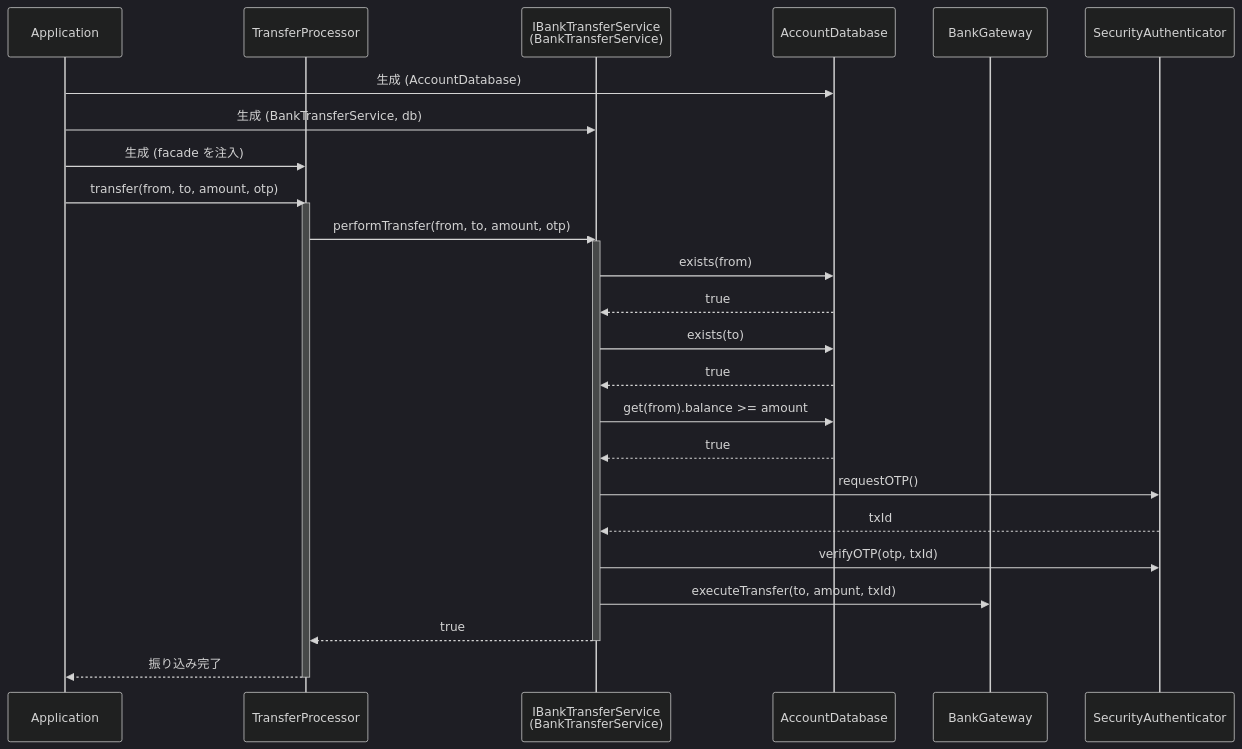
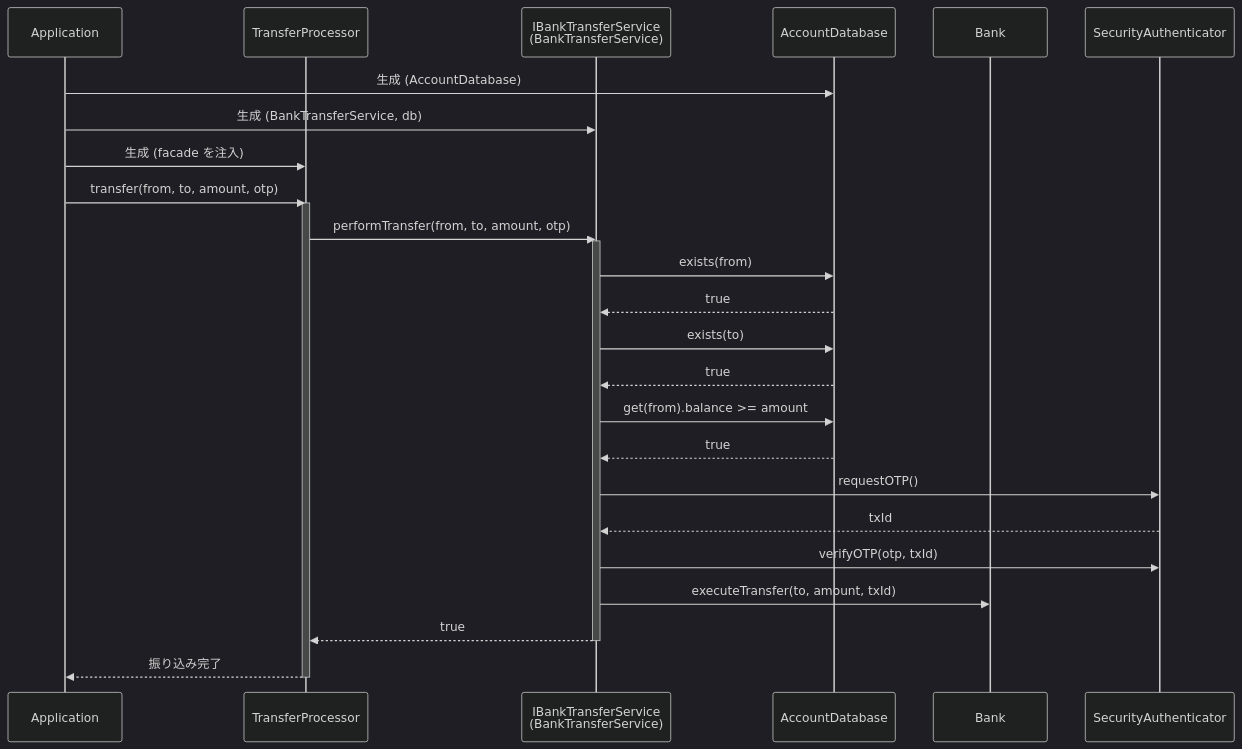
Before and after one commit to kumachan1101-pixel/DesignPattern: the eighth of 11 diagrams in kindle/design-patterns/output/chapter02.md, drawn with Mermaid (dark theme). The commit also changed other lines of this file and 1 other file, not shown here.

````diff
--- a/kindle/design-patterns/output/chapter02.md
+++ b/kindle/design-patterns/output/chapter02.md
@@ -1869,31 +1714,31 @@
 ```mermaid
 sequenceDiagram
     participant App as Application
     participant T as TransferProcessor
     participant F as IBankTransferService<br/>(BankTransferService)
     participant DB as AccountDatabase
-    participant G as BankGateway
+    participant G as Bank
     participant A as SecurityAuthenticator
 
     App->>DB: 生成 (AccountDatabase)
     App->>F: 生成 (BankTransferService, db)
     App->>T: 生成 (facade を注入)
     App->>T: transfer(from, to, amount, otp)
     activate T
     T->>F: performTransfer(from, to, amount, otp)
     activate F
     F->>DB: exists(from)
     DB-->>F: true
     F->>DB: exists(to)
     DB-->>F: true
     F->>DB: get(from).balance >= amount
     DB-->>F: true
     F->>A: requestOTP()
     A-->>F: txId
     F->>A: verifyOTP(otp, txId)
     F->>G: executeTransfer(to, amount, txId)
     F-->>T: true
     deactivate F
     T-->>App: 振り込み完了
     deactivate T
 ```
````
